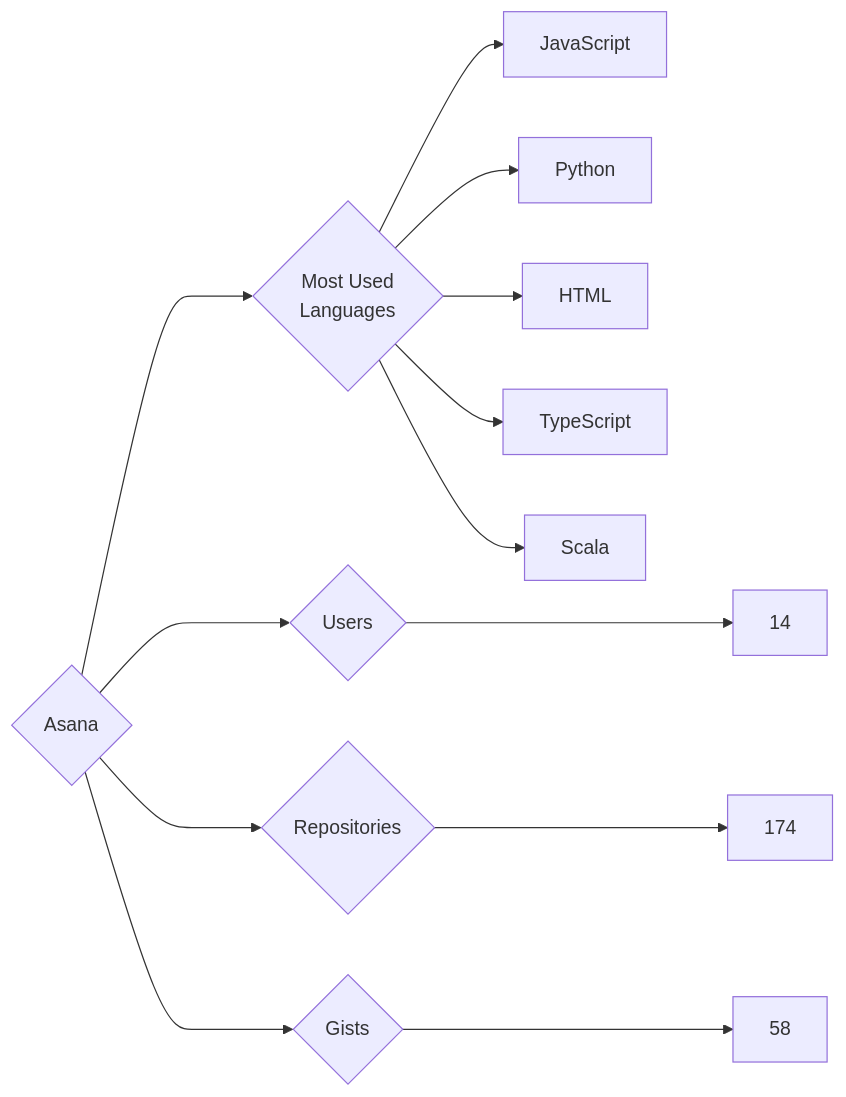
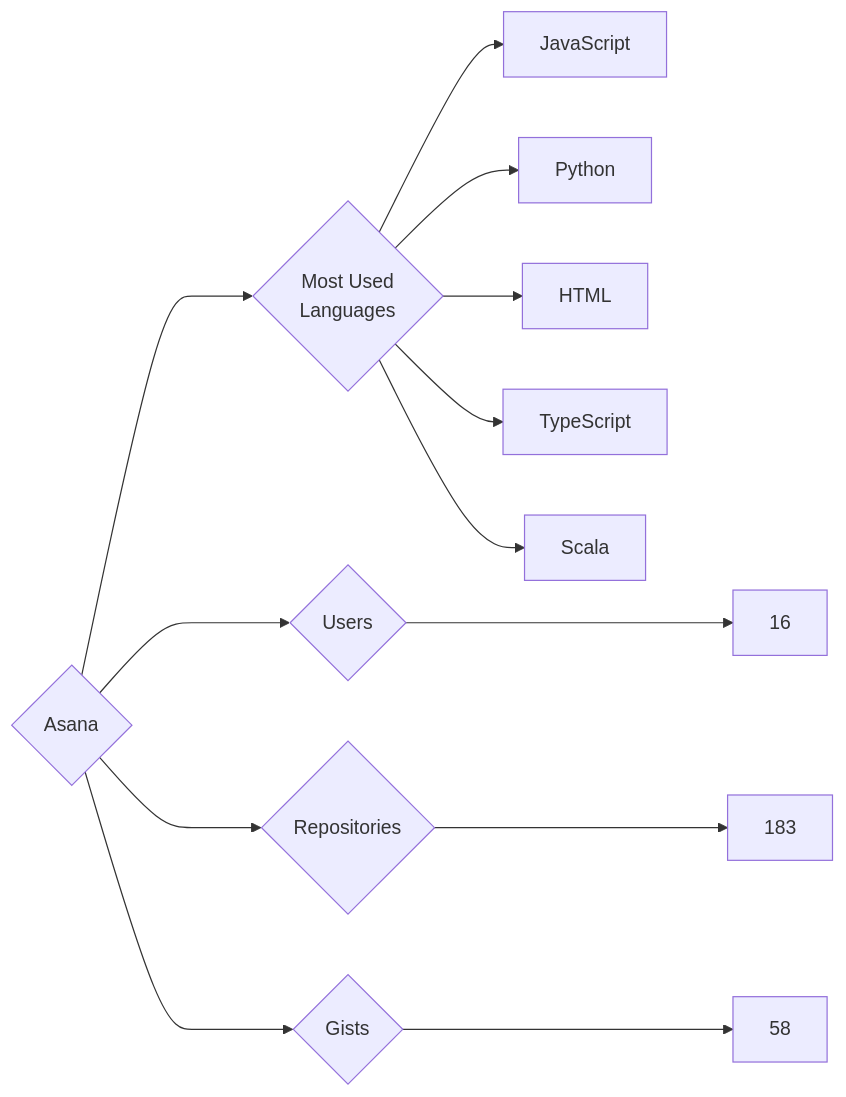
Before and after one commit to trickest/insiders: the diagram in targets/Asana/README.md, drawn with Mermaid. The commit also changed 718 other files, not shown here.

````diff
--- a/targets/Asana/README.md
+++ b/targets/Asana/README.md
@@ -3,13 +3,13 @@
 ```mermaid
 graph LR
 COMPANY_NAME{Asana}
-COMPANY_NAME ---> U{Users} ---> UN[14]
-COMPANY_NAME ---> R{Repositories} ---> RN[174]
+COMPANY_NAME ---> U{Users} ---> UN[16]
+COMPANY_NAME ---> R{Repositories} ---> RN[183]
 COMPANY_NAME ---> G{Gists} ---> GN[58]
 COMPANY_NAME ---> ML{Most Used<br>Languages}
 ML --> JavaScript[JavaScript]
 ML --> Python[Python]
 ML --> HTML[HTML]
 ML --> TypeScript[TypeScript]
 ML --> Scala[Scala]
 ```
````
